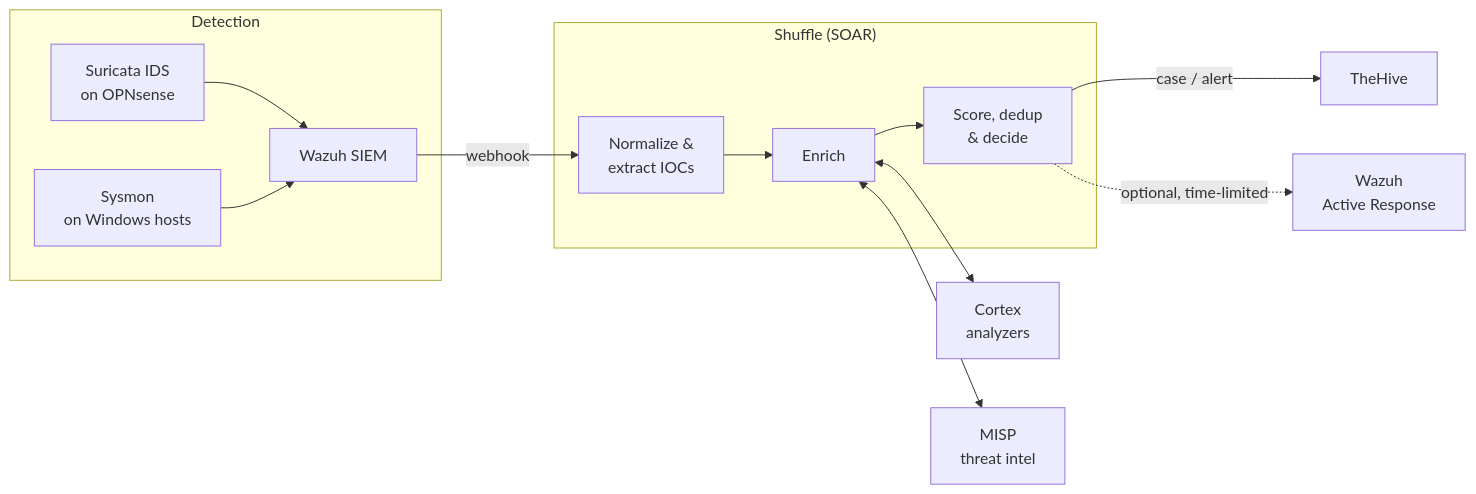
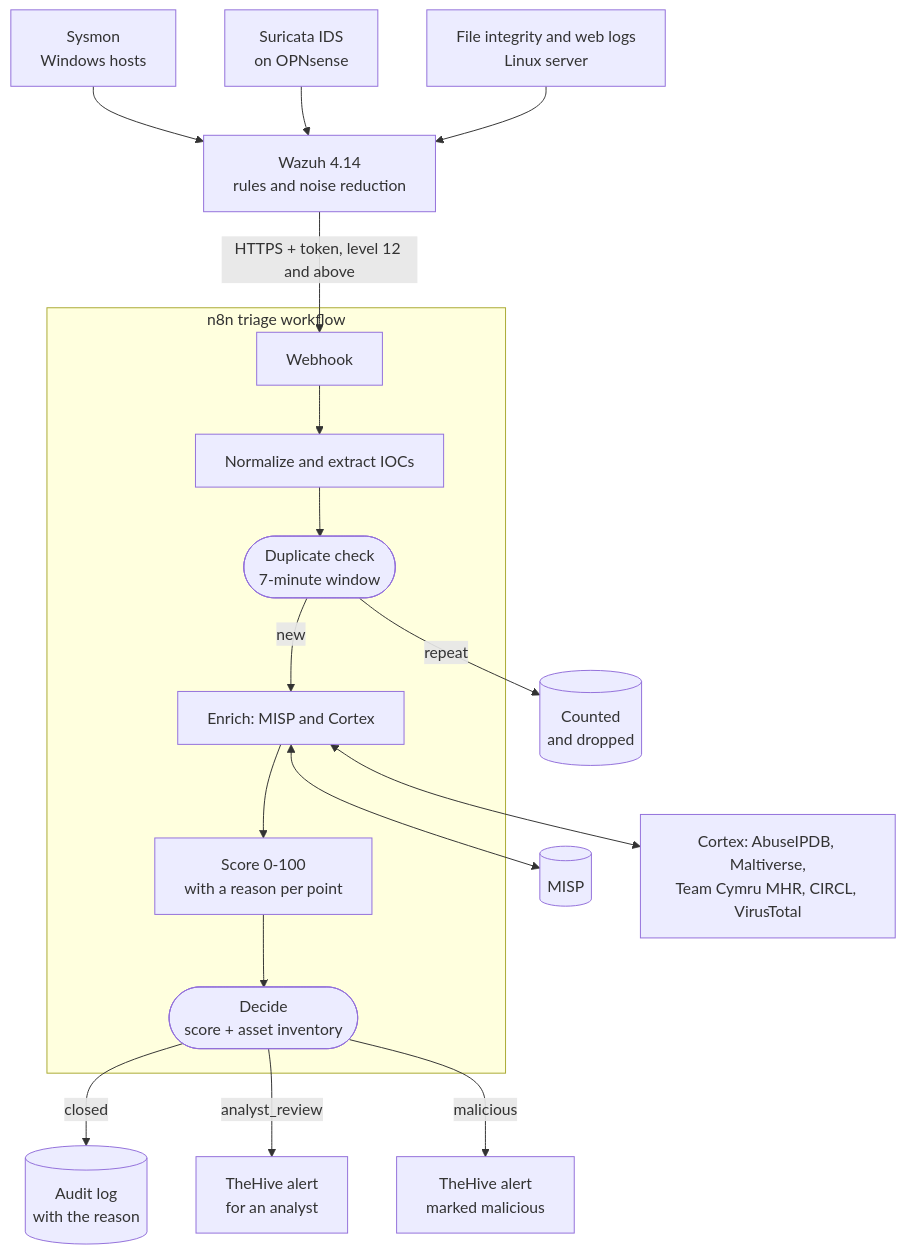
One commit to Solivagantaeon/soc-automation-lab changed the diagram in README.md. Above: the diagram before and after it, drawn with Mermaid. The commit also changed other lines of this file, not shown here.

````diff
--- a/README.md
+++ b/README.md
@@ -33,21 +35,25 @@
 ```mermaid
-flowchart LR
-    subgraph Detection
-        SUR[Suricata IDS<br/>on OPNsense]
-        SYS[Sysmon<br/>on Windows hosts]
-        WAZ[Wazuh SIEM]
-        SUR --> WAZ
-        SYS --> WAZ
+flowchart TB
+    SYS["Sysmon<br/>Windows hosts"] --> WAZ
+    SUR["Suricata IDS<br/>on OPNsense"] --> WAZ
+    LIN["File integrity and web logs<br/>Linux server"] --> WAZ
+    WAZ["Wazuh 4.14<br/>rules and noise reduction"]
+
+    WAZ -- "HTTPS + token, level 12 and above" --> WH
+
+    subgraph N8N["n8n triage workflow"]
+        WH["Webhook"] --> NO["Normalize and extract IOCs"]
+        NO --> DD(["Duplicate check<br/>7-minute window"])
+        DD -- "new" --> EN["Enrich: MISP and Cortex"]
+        EN --> SC["Score 0-100<br/>with a reason per point"]
+        SC --> DE(["Decide<br/>score + asset inventory"])
     end
-    subgraph SOAR["Shuffle (SOAR)"]
-        N[Normalize &<br/>extract IOCs]
-        E[Enrich]
-        D[Score, dedup<br/>& decide]
-        N --> E --> D
-    end
-    WAZ -- webhook --> N
-    E <--> CTX[Cortex<br/>analyzers]
-    E <--> MISP[MISP<br/>threat intel]
-    D -- case / alert --> TH[TheHive]
-    D -. optional, time-limited .-> AR[Wazuh<br/>Active Response]
+
+    DD -- "repeat" --> CNT[("Counted<br/>and dropped")]
+    EN <--> MISP[("MISP")]
+    EN <--> CTX["Cortex: AbuseIPDB, Maltiverse,<br/>Team Cymru MHR, CIRCL, VirusTotal"]
+
+    DE -- "closed" --> AUD[("Audit log<br/>with the reason")]
+    DE -- "analyst_review" --> TH1["TheHive alert<br/>for an analyst"]
+    DE -- "malicious" --> TH2["TheHive alert<br/>marked malicious"]
 ```
````
